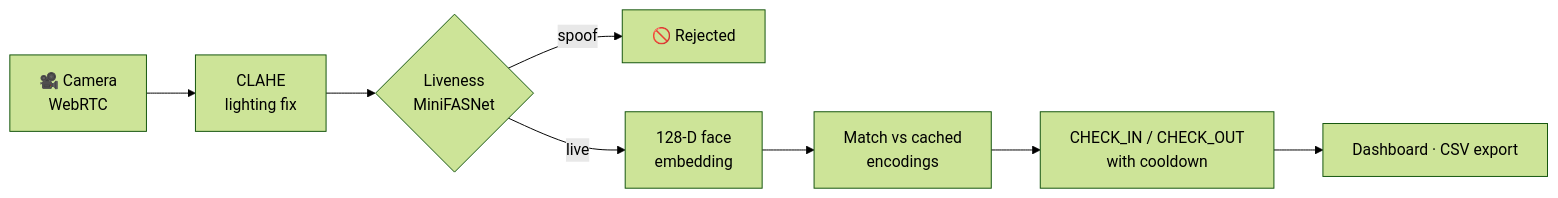
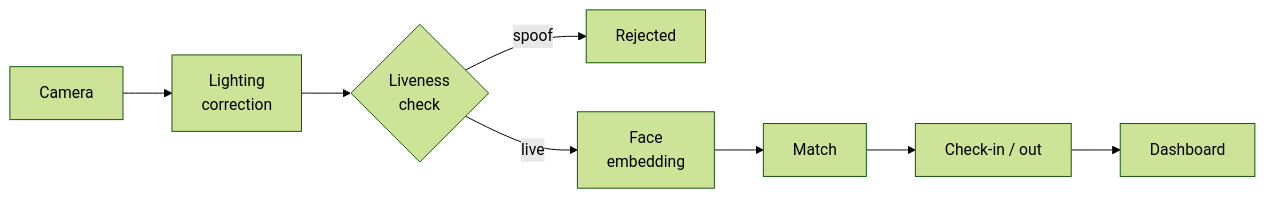
The second of 2 diagrams in README.md (RadheshD/RadheshD), drawn with Mermaid (forest theme) before and after one commit. The commit also changed other lines of this file, not shown here.

````diff
--- a/README.md
+++ b/README.md
@@ -79,10 +72,10 @@
 ```mermaid
 flowchart LR
-    CAM["🎥 Camera<br/>WebRTC"] --> CL["CLAHE<br/>lighting fix"]
-    CL --> LV{"Liveness<br/>MiniFASNet"}
-    LV -->|"spoof"| REJ["🚫 Rejected"]
-    LV -->|"live"| EMB["128-D face<br/>embedding"]
-    EMB --> MAT["Match vs cached<br/>encodings"]
-    MAT --> ATT["CHECK_IN / CHECK_OUT<br/>with cooldown"]
-    ATT --> DASH["Dashboard · CSV export"]
+    CAM["Camera"] --> CL["Lighting<br/>correction"]
+    CL --> LV{"Liveness<br/>check"}
+    LV -->|"spoof"| REJ["Rejected"]
+    LV -->|"live"| EMB["Face<br/>embedding"]
+    EMB --> MAT["Match"]
+    MAT --> ATT["Check-in / out"]
+    ATT --> DASH["Dashboard"]
 ```
````
